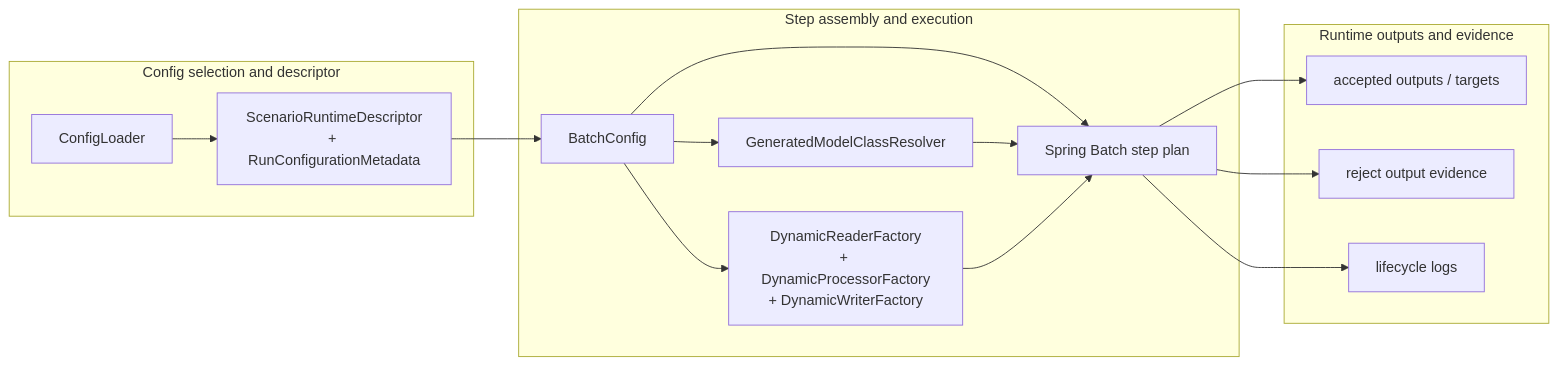
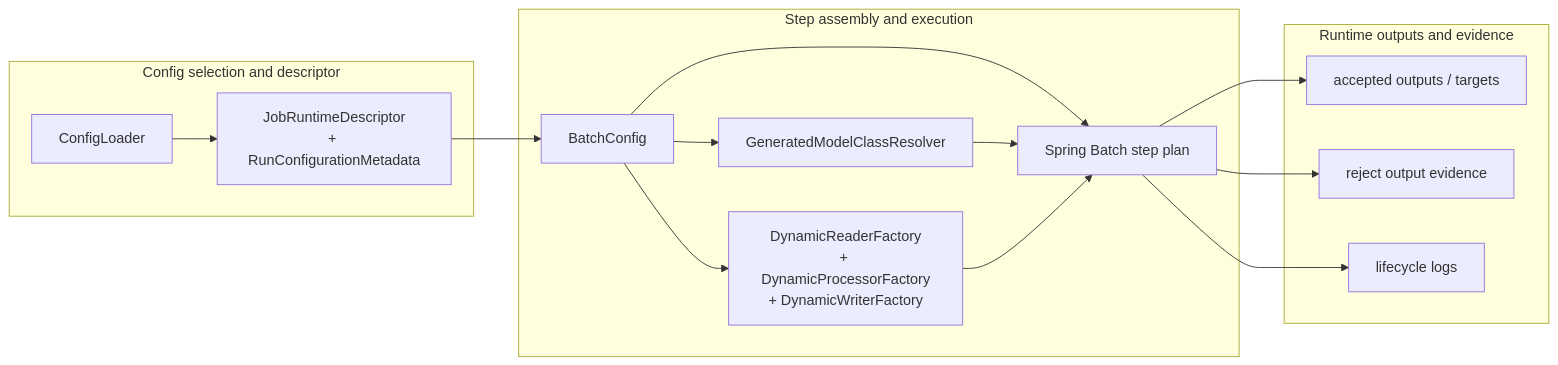
The third of 6 diagrams in docs/architecture/runtime-flow.md (kbalanandam/spring-etl-engine), drawn with Mermaid before and after one commit. The commit also changed other lines of this file and 44 other files, not shown here.

Commit message:
refactor: rename scenario runtime to job and harden execution flow

````diff
--- a/docs/architecture/runtime-flow.md
+++ b/docs/architecture/runtime-flow.md
@@ -94,32 +94,32 @@
 ```mermaid
 flowchart LR
     subgraph ConfigAssembly[Config selection and descriptor]
         Loader[ConfigLoader]
-        Descriptor[ScenarioRuntimeDescriptor\n+ RunConfigurationMetadata]
+        Descriptor[JobRuntimeDescriptor\n+ RunConfigurationMetadata]
     end
 
     subgraph StepAssembly[Step assembly and execution]
         Batch[BatchConfig]
         Resolver[GeneratedModelClassResolver]
         Services[DynamicReaderFactory\n+ DynamicProcessorFactory\n+ DynamicWriterFactory]
         StepPlan[Spring Batch step plan]
     end
 
     subgraph Outputs[Runtime outputs and evidence]
         Accepted[accepted outputs / targets]
         Rejects[reject output evidence]
         Logs[lifecycle logs]
     end
 
     Loader --> Descriptor
     Descriptor --> Batch
     Batch --> Resolver
     Batch --> Services
     Batch --> StepPlan
     Resolver --> StepPlan
     Services --> StepPlan
 
     StepPlan --> Accepted
     StepPlan --> Rejects
     StepPlan --> Logs
 ```
````
